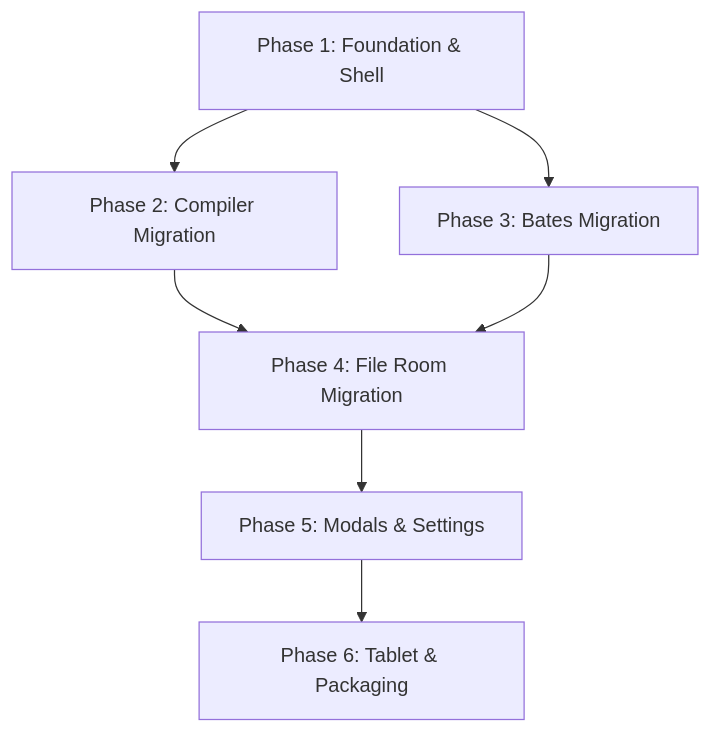
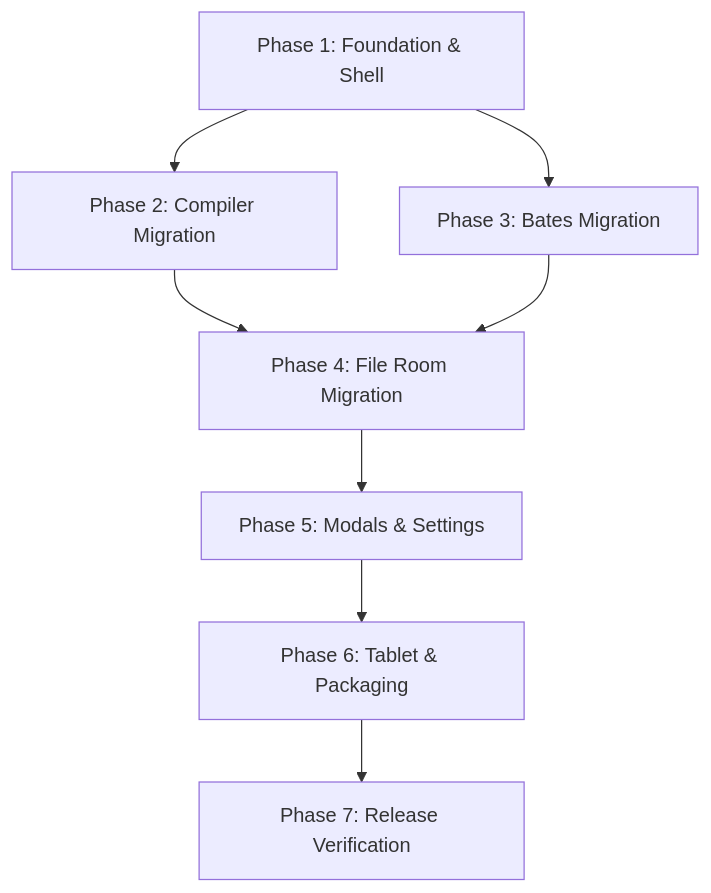
Before and after one commit to Access-Paralegal-Software/ap-multitool: the diagram in docs/roadmaps/qt_migration_program_apmultitool.md, drawn with Mermaid. The commit also changed other lines of this file and 36 other files, not shown here.

````diff
--- a/docs/roadmaps/qt_migration_program_apmultitool.md
+++ b/docs/roadmaps/qt_migration_program_apmultitool.md
@@ -9,9 +9,10 @@
 ```mermaid
 graph TD
     P1[Phase 1: Foundation & Shell] --> P2[Phase 2: Compiler Migration]
     P1 --> P3[Phase 3: Bates Migration]
     P2 --> P4[Phase 4: File Room Migration]
     P3 --> P4
     P4 --> P5[Phase 5: Modals & Settings]
     P5 --> P6[Phase 6: Tablet & Packaging]
+    P6 --> P7[Phase 7: Release Verification]
 ```
````
